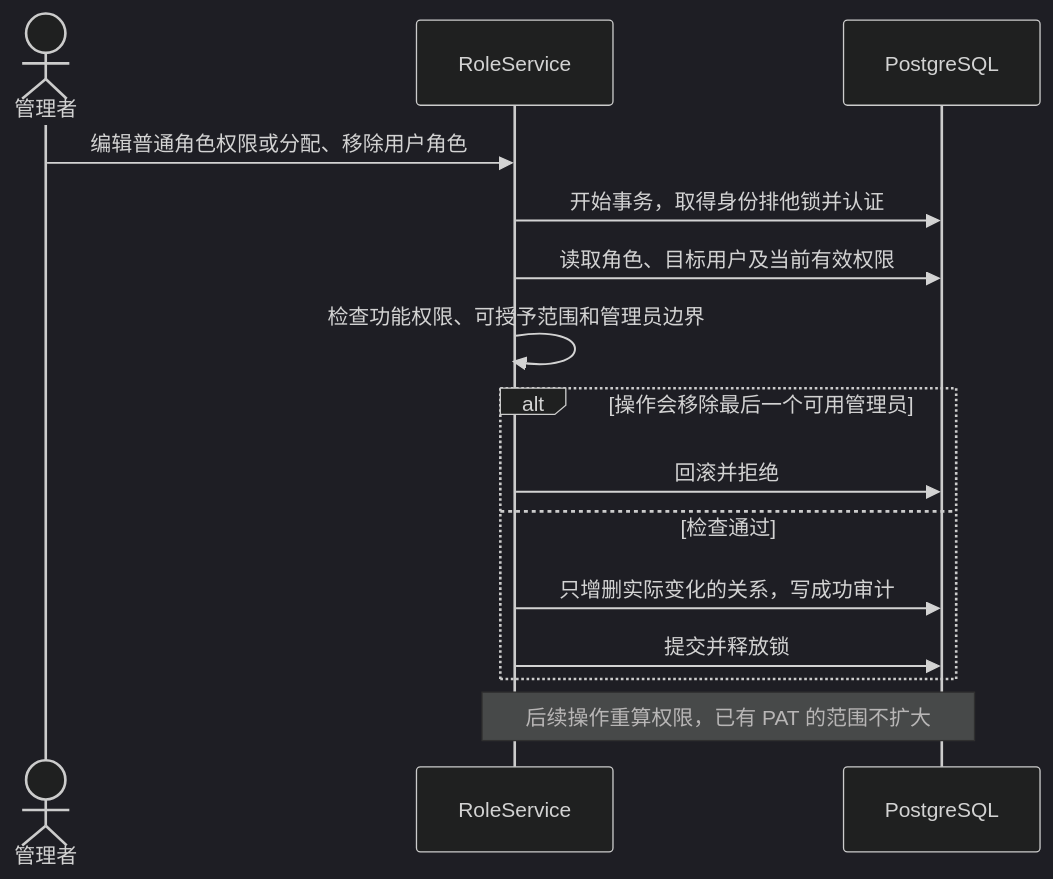
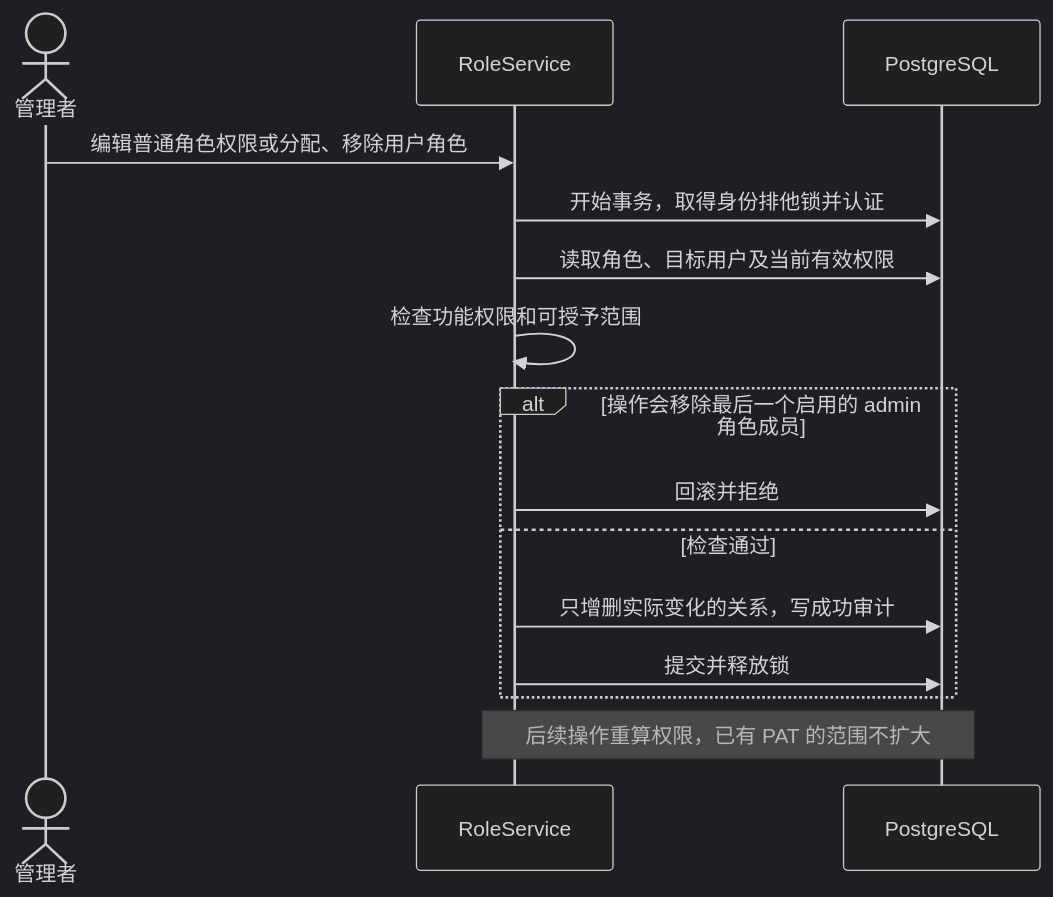
The fifth of 7 diagrams in docs/domains/identity.md (pfjhyyj/keystone), drawn with Mermaid (dark theme) before and after one commit. The commit also changed other lines of this file and 29 other files, not shown here.

````diff
--- a/docs/domains/identity.md
+++ b/docs/domains/identity.md
@@ -176,17 +176,17 @@
 ```mermaid
 sequenceDiagram
     actor M as 管理者
     participant S as RoleService
     participant D as PostgreSQL
     M->>S: 编辑普通角色权限或分配、移除用户角色
     S->>D: 开始事务，取得身份排他锁并认证
     S->>D: 读取角色、目标用户及当前有效权限
-    S->>S: 检查功能权限、可授予范围和管理员边界
-    alt 操作会移除最后一个可用管理员
+    S->>S: 检查功能权限和可授予范围
+    alt 操作会移除最后一个启用的 admin 角色成员
         S->>D: 回滚并拒绝
     else 检查通过
         S->>D: 只增删实际变化的关系，写成功审计
         S->>D: 提交并释放锁
     end
     Note over S,D: 后续操作重算权限，已有 PAT 的范围不扩大
 ```
````
